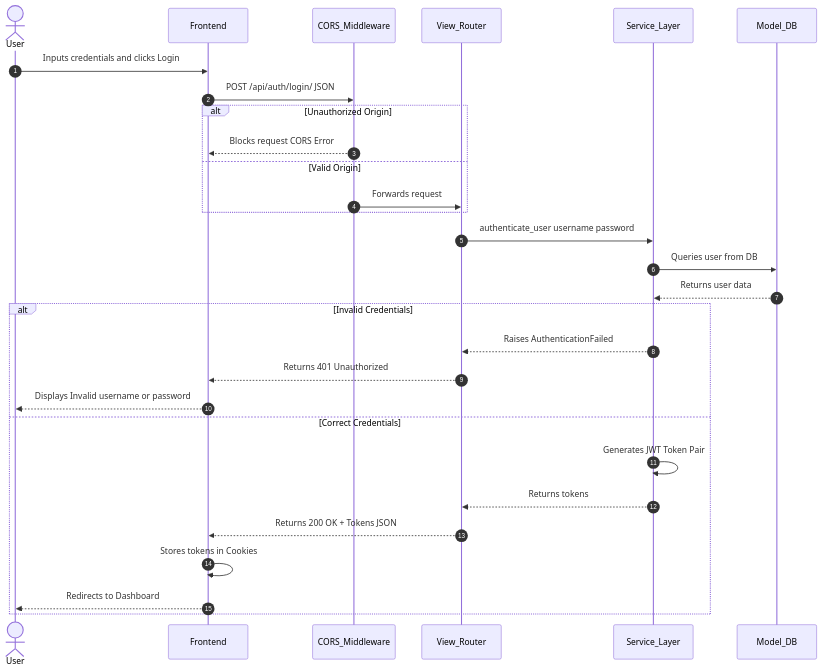
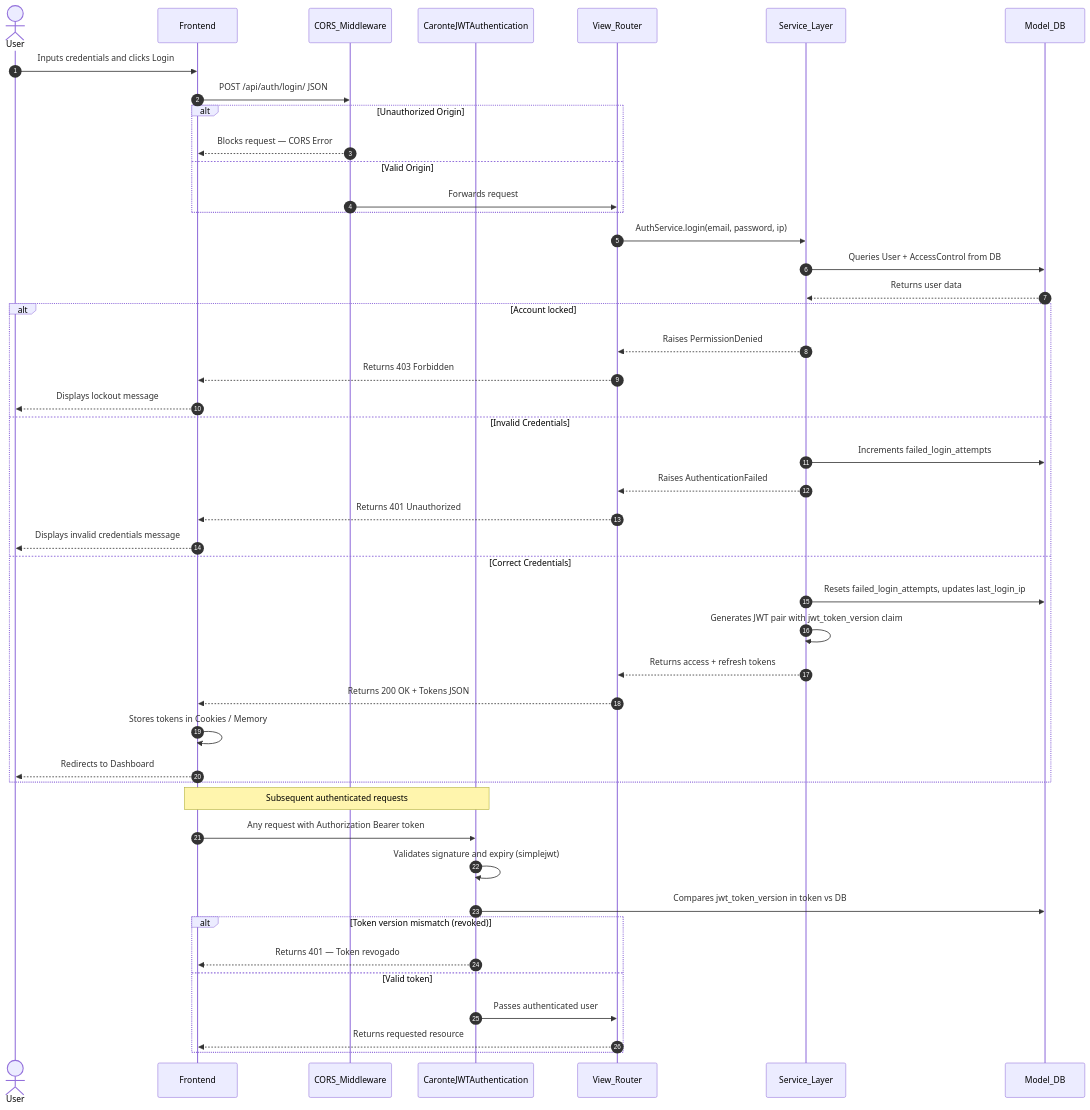
One commit to NicholasGDev/pythonErpConsole changed the first of 2 diagrams in README.MD. Above: the diagram before and after it, drawn with Mermaid. The commit also changed other lines of this file, not shown here.

Commit message:
feat: update README with API reference and authentication flow details

````diff
--- a/README.MD
+++ b/README.MD
@@ -9,36 +11,54 @@
 ```mermaid
 sequenceDiagram
     autonumber
     actor User
     participant Front as Frontend
     participant CORS as CORS_Middleware
+    participant JWT as CaronteJWTAuthentication
     participant View as View_Router
     participant Service as Service_Layer
     participant Model as Model_DB
 
     User->>Front: Inputs credentials and clicks Login
     Front->>CORS: POST /api/auth/login/ JSON
 
     alt Unauthorized Origin
-        CORS-->>Front: Blocks request CORS Error
+        CORS-->>Front: Blocks request — CORS Error
     else Valid Origin
         CORS->>View: Forwards request
     end
 
-    View->>Service: authenticate_user username password
+    View->>Service: AuthService.login(email, password, ip)
 
-    Service->>Model: Queries user from DB
+    Service->>Model: Queries User + AccessControl from DB
     Model-->>Service: Returns user data
 
-    alt Invalid Credentials
+    alt Account locked
+        Service-->>View: Raises PermissionDenied
+        View-->>Front: Returns 403 Forbidden
+        Front-->>User: Displays lockout message
+    else Invalid Credentials
+        Service->>Model: Increments failed_login_attempts
         Service-->>View: Raises AuthenticationFailed
         View-->>Front: Returns 401 Unauthorized
-        Front-->>User: Displays Invalid username or password
+        Front-->>User: Displays invalid credentials message
     else Correct Credentials
-        Service->>Service: Generates JWT Token Pair
-        Service-->>View: Returns tokens
+        Service->>Model: Resets failed_login_attempts, updates last_login_ip
+        Service->>Service: Generates JWT pair with jwt_token_version claim
+        Service-->>View: Returns access + refresh tokens
         View-->>Front: Returns 200 OK + Tokens JSON
-        Front->>Front: Stores tokens in Cookies
+        Front->>Front: Stores tokens in Cookies / Memory
         Front-->>User: Redirects to Dashboard
     end
+
+    Note over Front,JWT: Subsequent authenticated requests
+    Front->>JWT: Any request with Authorization Bearer token
+    JWT->>JWT: Validates signature and expiry (simplejwt)
+    JWT->>Model: Compares jwt_token_version in token vs DB
+    alt Token version mismatch (revoked)
+        JWT-->>Front: Returns 401 — Token revogado
+    else Valid token
+        JWT->>View: Passes authenticated user
+        View-->>Front: Returns requested resource
+    end
 ```
````
